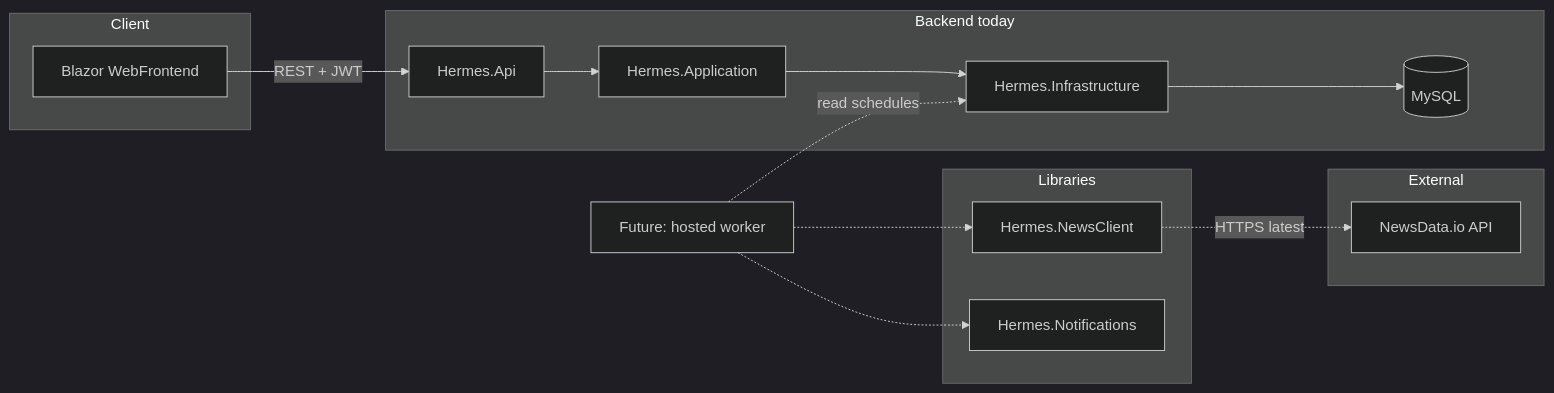
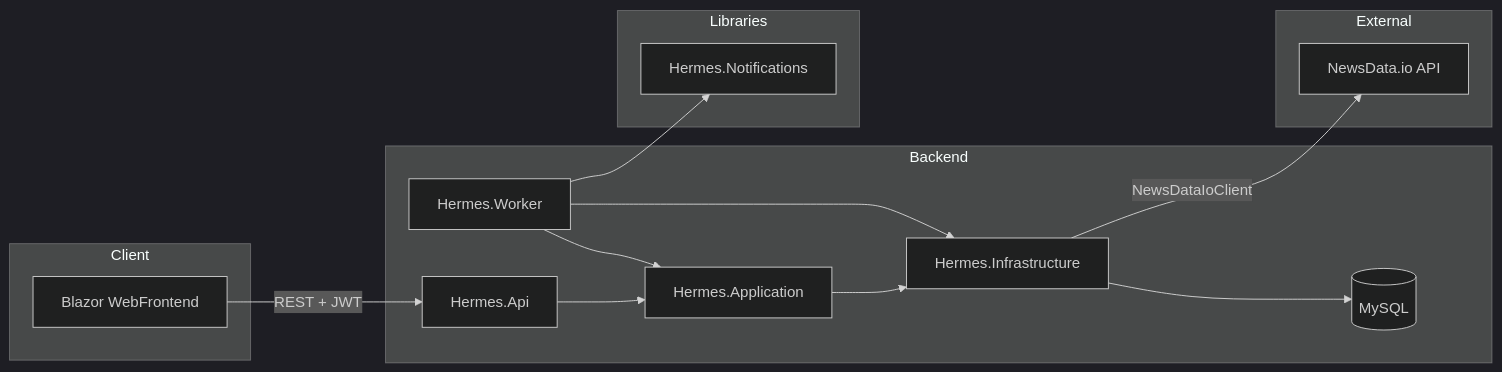
One commit to meelinaa/Hermes changed the diagram in README.md. Above: the diagram before and after it, drawn with Mermaid (dark theme). The commit also changed other lines of this file and 75 other files, not shown here.

````diff
--- a/README.md
+++ b/README.md
@@ -38,27 +39,27 @@
 ```mermaid
 flowchart LR
   subgraph client [Client]
     FE[Blazor WebFrontend]
   end
-  subgraph backend [Backend today]
+  subgraph backend [Backend]
     API[Hermes.Api]
+    WRK[Hermes.Worker]
     APP[Hermes.Application]
     INF[Hermes.Infrastructure]
     DB[(MySQL)]
   end
   subgraph libs [Libraries]
-    NC[Hermes.NewsClient]
     NT[Hermes.Notifications]
   end
   subgraph external [External]
     NDI[NewsData.io API]
   end
   FE -->|REST + JWT| API
   API --> APP
+  WRK --> APP
   APP --> INF
   INF --> DB
-  Worker[Future: hosted worker] -.->|read schedules| INF
-  Worker -.-> NC
-  NC -.->|HTTPS latest| NDI
-  Worker -.-> NT
+  WRK --> INF
+  INF -->|NewsDataIoClient| NDI
+  WRK --> NT
 ```
````
